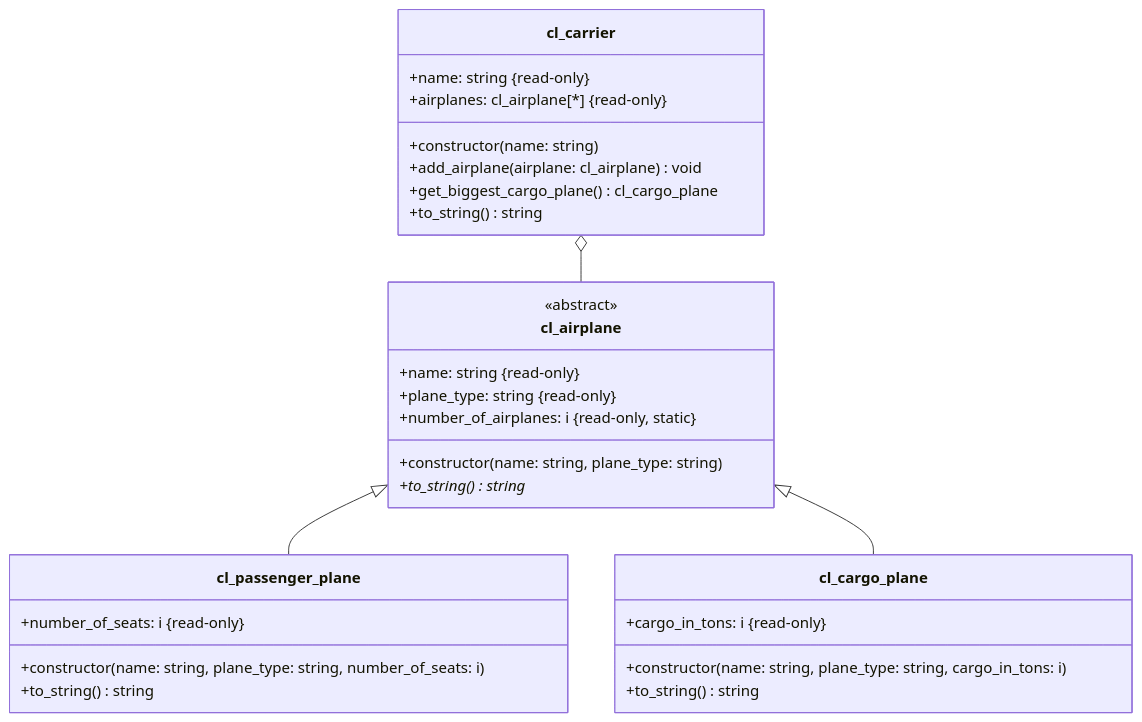
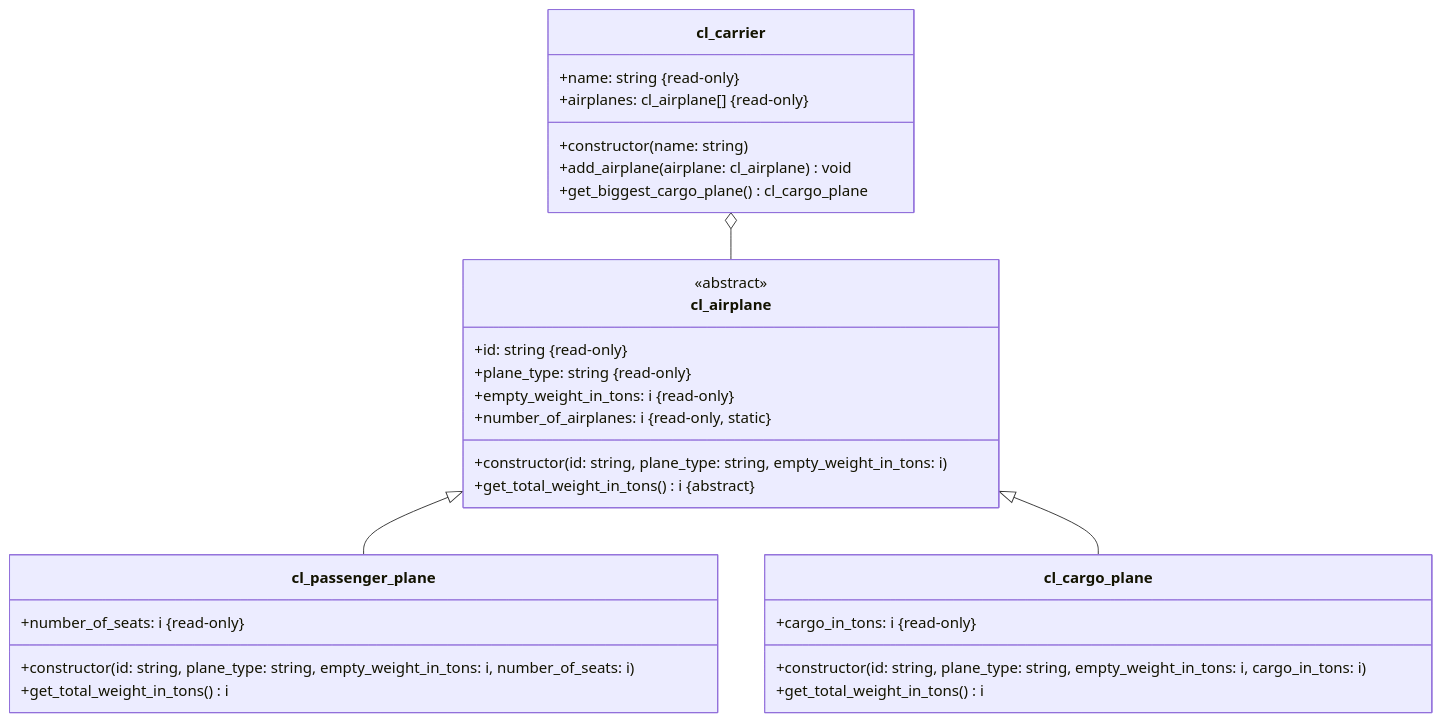
One commit to appenmaier/s4hana changed the diagram in docs/exercises/abap-objects/abap-objects-08.md. Above: the diagram before and after it, drawn with Mermaid. The commit also changed 15 other files, not shown here.

````diff
--- a/docs/exercises/abap-objects/abap-objects-08.md
+++ b/docs/exercises/abap-objects/abap-objects-08.md
@@ -10,36 +10,36 @@
 ```mermaid
 classDiagram
-    cl_carrier o-- cl_airplane
-    cl_airplane <|-- cl_passenger_plane
-    cl_airplane <|-- cl_cargo_plane
+   cl_carrier o-- cl_airplane
+   cl_airplane <|-- cl_passenger_plane
+   cl_airplane <|-- cl_cargo_plane
 
-    class cl_airplane {
+   class cl_airplane {
       <<abstract>>
+      +id: string &#123read-only&#125
+      +plane_type: string &#123read-only&#125
+      +empty_weight_in_tons: i &#123read-only&#125
+      +number_of_airplanes: i &#123read-only, static&#125
+      +constructor(id: string, plane_type: string, empty_weight_in_tons: i)
+      +get_total_weight_in_tons() i &#123abstract&#125
+   }
+
+   class cl_passenger_plane {
+      +number_of_seats: i &#123read-only&#125
+      +constructor(id: string, plane_type: string, empty_weight_in_tons: i, number_of_seats: i)
+      +get_total_weight_in_tons() i
+   }
+
+   class cl_cargo_plane {
+      +cargo_in_tons: i &#123read-only&#125
+      +constructor(id: string, plane_type: string, empty_weight_in_tons: i, cargo_in_tons: i)
+      +get_total_weight_in_tons() i
+   }
+
+   class cl_carrier {
       +name: string &#123read-only&#125
-      +plane_type: string &#123read-only&#125
-      +number_of_airplanes: i &#123read-only, static&#125
-      +constructor(name: string, plane_type: string)
-      +to_string()* string
-    }
-
-    class cl_passenger_plane {
-      +number_of_seats: i &#123read-only&#125
-      +constructor(name: string, plane_type: string, number_of_seats: i)
-      +to_string() string
-    }
-
-    class cl_cargo_plane {
-      +cargo_in_tons: i &#123read-only&#125
-      +constructor(name: string, plane_type: string, cargo_in_tons: i)
-      +to_string() string
-    }
-
-    class cl_carrier {
-      +name: string &#123read-only&#125
-      +airplanes: cl_airplane[*] &#123read-only&#125
+      +airplanes: cl_airplane[] &#123read-only&#125
       +constructor(name: string)
       +add_airplane(airplane: cl_airplane) void
       +get_biggest_cargo_plane() cl_cargo_plane
-      +to_string() string
-    }
+   }
 ```
````
